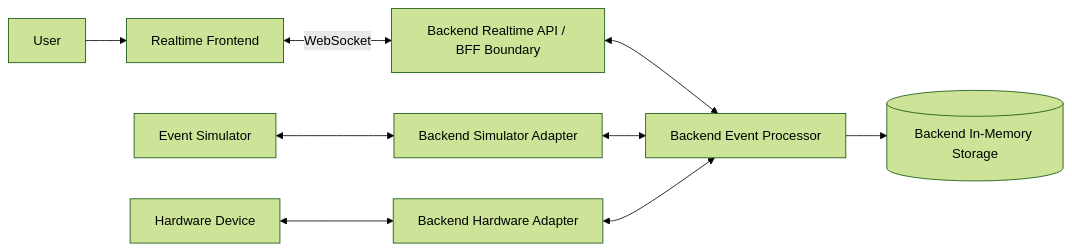
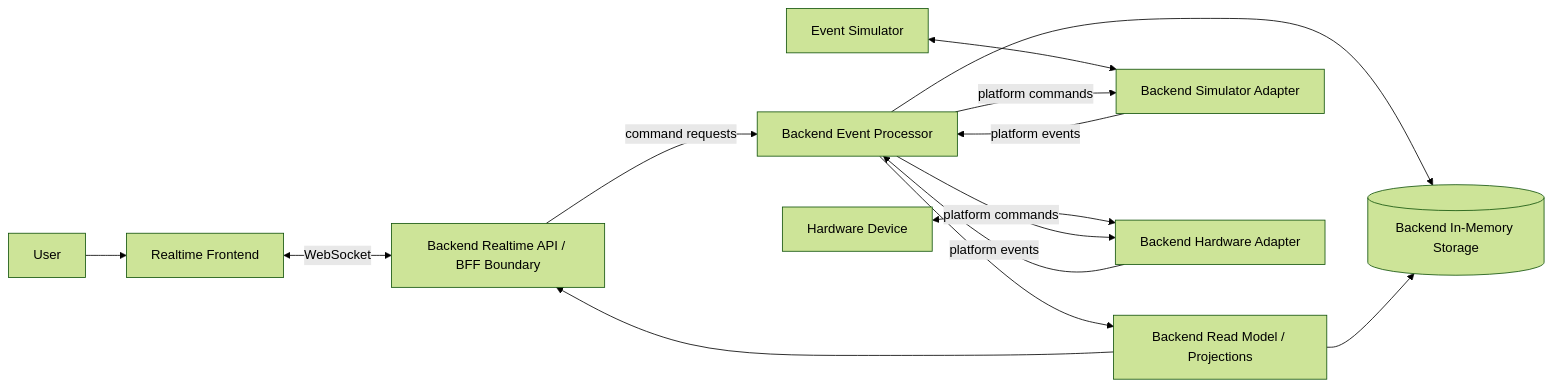
One commit to SzymonAntczak/smart-room-realtime-control-platform changed the diagram in docs/architecture/system-context.md. Above: the diagram before and after it, drawn with Mermaid (forest theme). The commit also changed other lines of this file and 12 other files, not shown here.

Commit message:
Reorganize backend platform modules

````diff
--- a/docs/architecture/system-context.md
+++ b/docs/architecture/system-context.md
@@ -8,11 +6,16 @@
 ```mermaid
 flowchart LR
     user[User] --> ui[Realtime Frontend]
     ui <-->|WebSocket| api[Backend Realtime API / BFF Boundary]
-    api <--> processor[Backend Event Processor]
+    readModel[Backend Read Model / Projections] --> api
+    api -->|command requests| processor
+    processor[Backend Event Processor] --> readModel
     processor --> storage[(Backend In-Memory Storage)]
+    readModel --> storage
     simulator[Event Simulator] <--> simAdapter[Backend Simulator Adapter]
-    simAdapter <--> processor
+    simAdapter -->|platform events| processor
+    processor -->|platform commands| simAdapter
     hardware[Hardware Device] <--> hardwareAdapter[Backend Hardware Adapter]
-    hardwareAdapter <--> processor
+    hardwareAdapter -->|platform events| processor
+    processor -->|platform commands| hardwareAdapter
 ```
````
